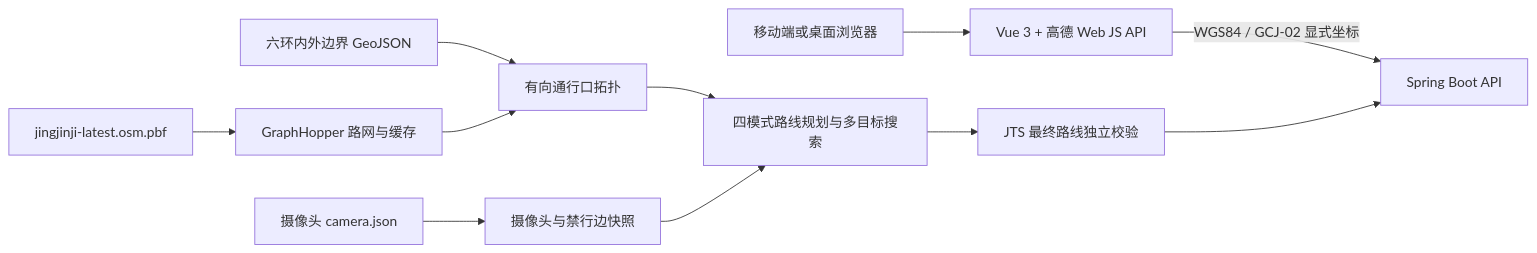
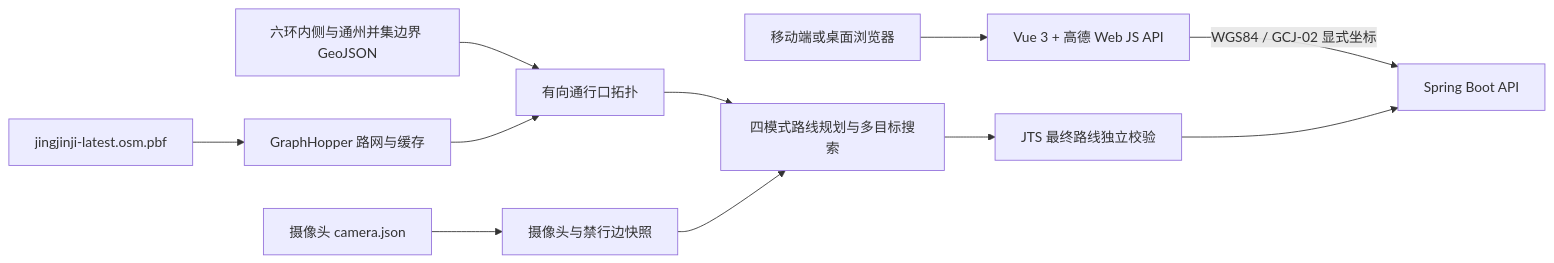
Before and after one commit to Xueaixin/camera-safe-router: the diagram in README.md, drawn with Mermaid. The commit also changed other lines of this file and 137 other files, not shown here.

````diff
--- a/README.md
+++ b/README.md
@@ -23,13 +23,13 @@
 ```mermaid
 flowchart LR
     U["移动端或桌面浏览器"] --> W["Vue 3 + 高德 Web JS API"]
     W -->|"WGS84 / GCJ-02 显式坐标"| A["Spring Boot API"]
     P["jingjinji-latest.osm.pbf"] --> G["GraphHopper 路网与缓存"]
-    B["六环内外边界 GeoJSON"] --> T["有向通行口拓扑"]
+    B["六环内侧与通州并集边界 GeoJSON"] --> T["有向通行口拓扑"]
     G --> T
     C["摄像头 camera.json"] --> S["摄像头与禁行边快照"]
     T --> R["四模式路线规划与多目标搜索"]
     S --> R
     R --> V["JTS 最终路线独立校验"]
     V --> A
 ```
````
